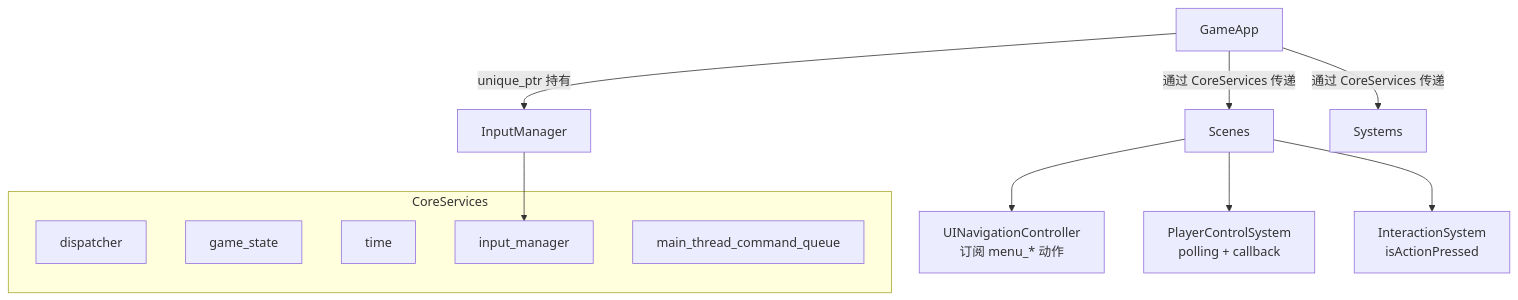
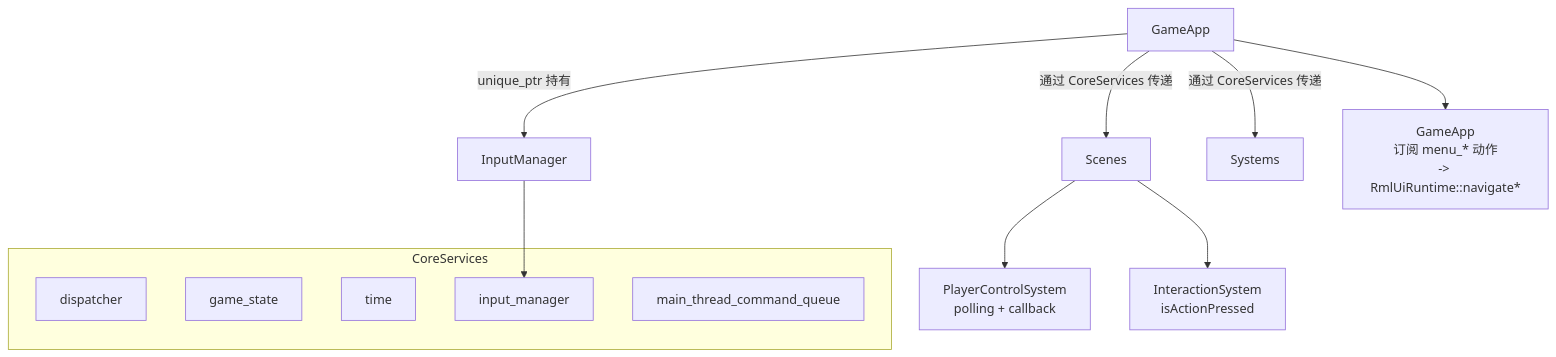
Diagram 16 of 16 in docs/engine/input_system.md (WispSnow/TinyFarmRPG), drawn with Mermaid before and after one commit. The commit also changed other lines of this file and 15 other files, not shown here.

````diff
--- a/docs/engine/input_system.md
+++ b/docs/engine/input_system.md
@@ -723,22 +733,22 @@
 ```mermaid
 graph TB
     GA["GameApp"]
     GA -->|"unique_ptr 持有"| IM["InputManager"]
 
     GA -->|"通过 CoreServices 传递"| SCENES["Scenes"]
     GA -->|"通过 CoreServices 传递"| SYS["Systems"]
 
     subgraph CoreServices
         DISP["dispatcher"]
         GS["game_state"]
         TIME["time"]
         INPUT["input_manager"]
         MTCQ["main_thread_command_queue"]
     end
 
     IM --> INPUT
 
-    SCENES --> UNC["UINavigationController<br/>订阅 menu_* 动作"]
+    GA --> NAV["GameApp<br/>订阅 menu_* 动作<br/>-> RmlUiRuntime::navigate*"]
     SCENES --> PCS["PlayerControlSystem<br/>polling + callback"]
     SCENES --> IS["InteractionSystem<br/>isActionPressed"]
 ```
````
